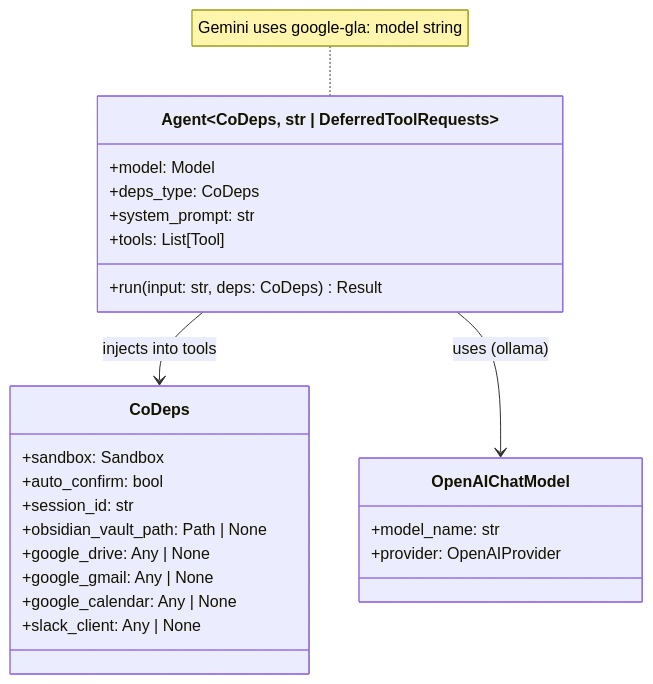
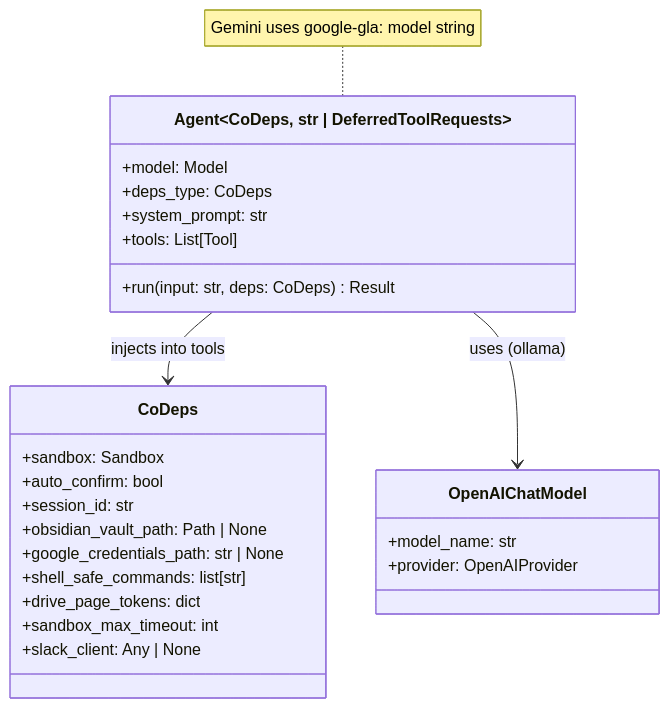
The fifth of 15 diagrams in docs/DESIGN-co-cli.md (binlecode/co-cli), drawn with Mermaid before and after one commit. The commit also changed other lines of this file and 20 other files, not shown here.

First line of the commit message:
Add shell safe-command whitelist, approval flow tests, sandbox hardening tests

````diff
--- a/docs/DESIGN-co-cli.md
+++ b/docs/DESIGN-co-cli.md
@@ -208,30 +209,31 @@
 ```mermaid
 classDiagram
     class Agent~CoDeps, str | DeferredToolRequests~ {
         +model: Model
         +deps_type: CoDeps
         +system_prompt: str
         +tools: List[Tool]
         +run(input: str, deps: CoDeps) Result
     }
 
     class CoDeps {
         +sandbox: Sandbox
         +auto_confirm: bool
         +session_id: str
         +obsidian_vault_path: Path | None
-        +google_drive: Any | None
-        +google_gmail: Any | None
-        +google_calendar: Any | None
+        +google_credentials_path: str | None
+        +shell_safe_commands: list[str]
+        +drive_page_tokens: dict
+        +sandbox_max_timeout: int
         +slack_client: Any | None
     }
 
     class OpenAIChatModel {
         +model_name: str
         +provider: OpenAIProvider
     }
 
     Agent --> CoDeps : injects into tools
     Agent --> OpenAIChatModel : uses (ollama)
     note for Agent "Gemini uses google-gla: model string"
 ```
````
